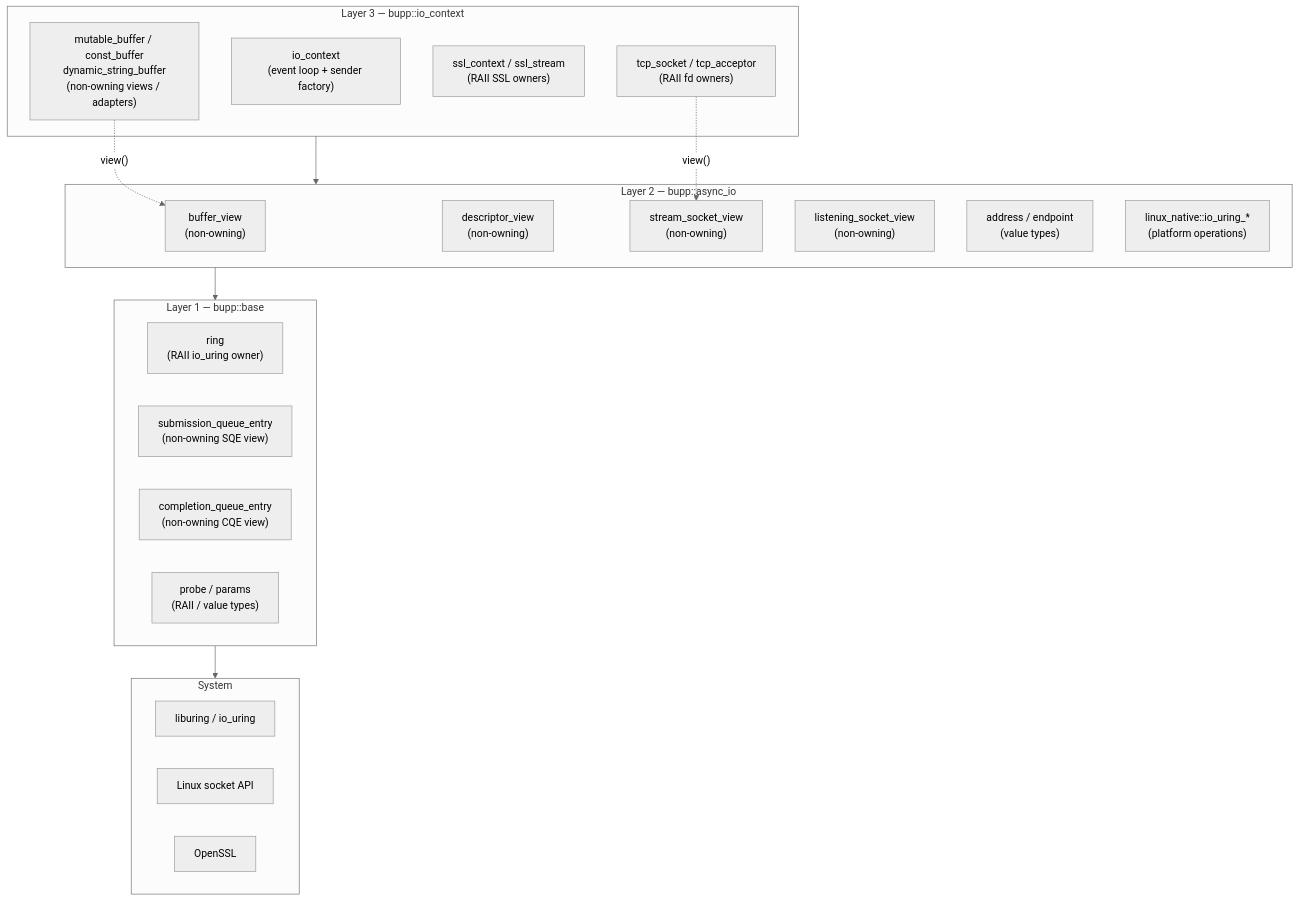
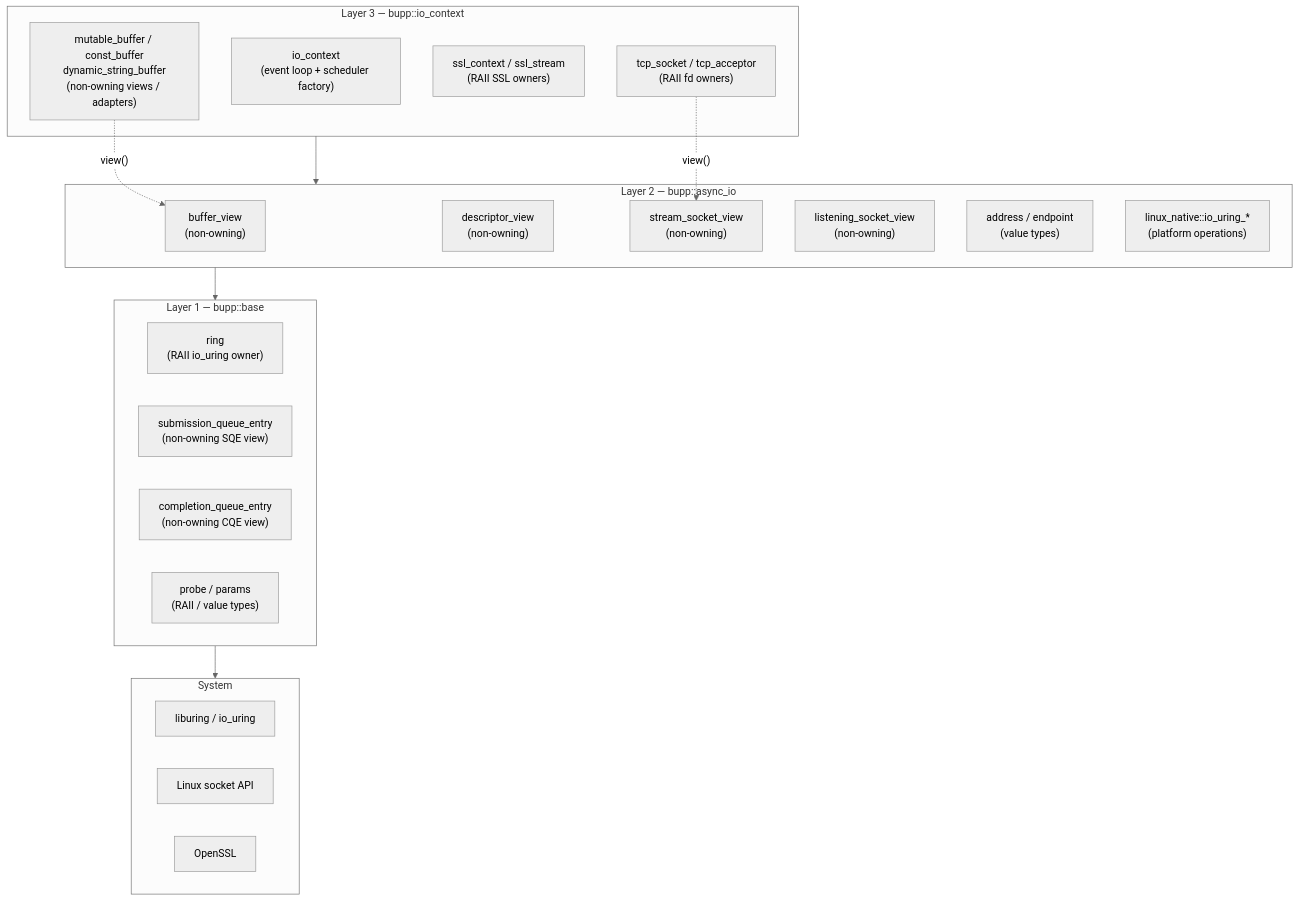
Before and after one commit to haomingbai/bnio: the first of 4 diagrams in docs/design/architecture.md, drawn with Mermaid (neutral theme). The commit also changed other lines of this file and 25 other files, not shown here.

Commit message:
feat(scheduler): subtract the scheduler from io_context.

````diff
--- a/docs/design/architecture.md
+++ b/docs/design/architecture.md
@@ -9,37 +9,37 @@
 ```mermaid
 graph TB
     subgraph L3["Layer 3 — bupp::io_context"]
-        C3_ctx["io_context<br/>(event loop + sender factory)"]
+        C3_ctx["io_context<br/>(event loop + scheduler factory)"]
         C3_tcp["tcp_socket / tcp_acceptor<br/>(RAII fd owners)"]
         C3_ssl["ssl_context / ssl_stream<br/>(RAII SSL owners)"]
         C3_buf["mutable_buffer / const_buffer<br/>dynamic_string_buffer<br/>(non-owning views / adapters)"]
     end
 
     subgraph L2["Layer 2 — bupp::async_io"]
         C2_buf["buffer_view<br/>(non-owning)"]
         C2_desc["descriptor_view<br/>(non-owning)"]
         C2_stream["stream_socket_view<br/>(non-owning)"]
         C2_listen["listening_socket_view<br/>(non-owning)"]
         C2_ip["address / endpoint<br/>(value types)"]
         C2_native["linux_native::io_uring_*<br/>(platform operations)"]
     end
 
     subgraph L1["Layer 1 — bupp::base"]
         C1_ring["ring<br/>(RAII io_uring owner)"]
         C1_sqe["submission_queue_entry<br/>(non-owning SQE view)"]
         C1_cqe["completion_queue_entry<br/>(non-owning CQE view)"]
         C1_probe["probe / params<br/>(RAII / value types)"]
     end
 
     subgraph SYS["System"]
         S1["liburing / io_uring"]
         S2["Linux socket API"]
         S3["OpenSSL"]
     end
 
     L1 --> SYS
     L2 --> L1
     L3 --> L2
     C3_tcp -.->|"view()"| C2_stream
     C3_buf -.->|"view()"| C2_buf
 ```
````
